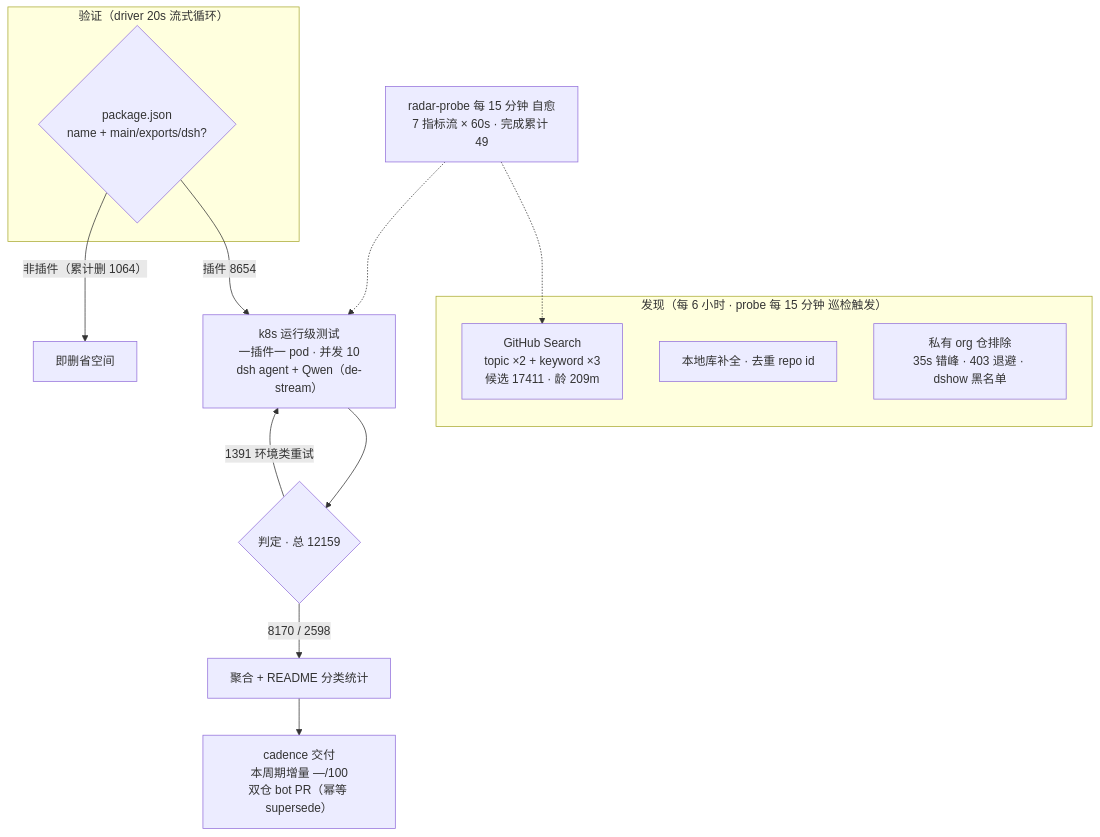
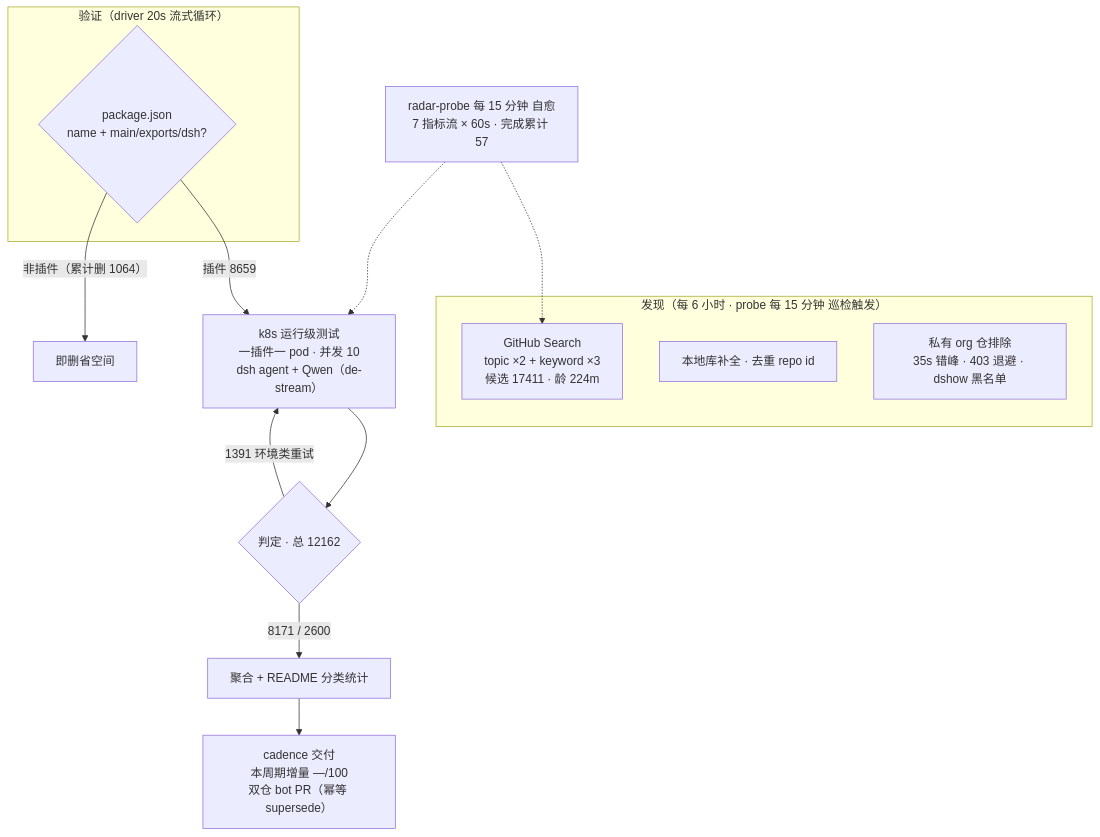
The diagram in README.md (Zhidao-Lab-OSS/awesome-dsh-plugins), drawn with Mermaid before and after one commit. The commit also changed other lines of this file and 1 other file, not shown here.

````diff
--- a/README.md
+++ b/README.md
@@ -52,20 +52,20 @@
 ```mermaid
 flowchart TB
     subgraph Discovery["发现（每 6 小时 · probe 每 15 分钟 巡检触发）"]
-        A1["GitHub Search<br/>topic ×2 + keyword ×3<br/>候选 17411 · 龄 209m"]
+        A1["GitHub Search<br/>topic ×2 + keyword ×3<br/>候选 17411 · 龄 224m"]
         A2["本地库补全 · 去重 repo id"]
         A3["私有 org 仓排除<br/>35s 错峰 · 403 退避 · dshow 黑名单"]
     end
     subgraph Validation["验证（driver 20s 流式循环）"]
         B1{"package.json<br/>name + main/exports/dsh?"}
     end
-    B1 -->|"插件 8654"| C1["k8s 运行级测试<br/>一插件一 pod · 并发 10<br/>dsh agent + Qwen（de-stream）"]
+    B1 -->|"插件 8659"| C1["k8s 运行级测试<br/>一插件一 pod · 并发 10<br/>dsh agent + Qwen（de-stream）"]
     B1 -->|"非插件（累计删 1064）"| B3["即删省空间"]
-    C1 --> D1{"判定 · 总 12159"}
-    D1 -->|"8170 / 2598"| E1["聚合 + README 分类统计"]
+    C1 --> D1{"判定 · 总 12162"}
+    D1 -->|"8171 / 2600"| E1["聚合 + README 分类统计"]
     D1 -->|"1391 环境类重试"| C1
     E1 --> E2["cadence 交付<br/>本周期增量 —/100<br/>双仓 bot PR（幂等 supersede）"]
-    M["radar-probe 每 15 分钟 自愈<br/>7 指标流 × 60s · 完成累计 49"]
+    M["radar-probe 每 15 分钟 自愈<br/>7 指标流 × 60s · 完成累计 57"]
     M -.-> A1
     M -.-> C1
 ```
````
